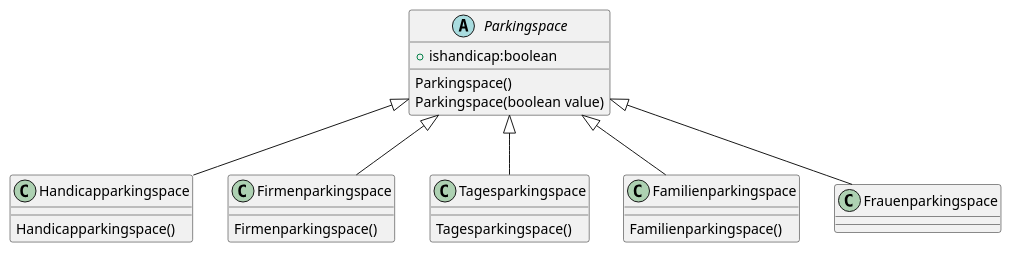
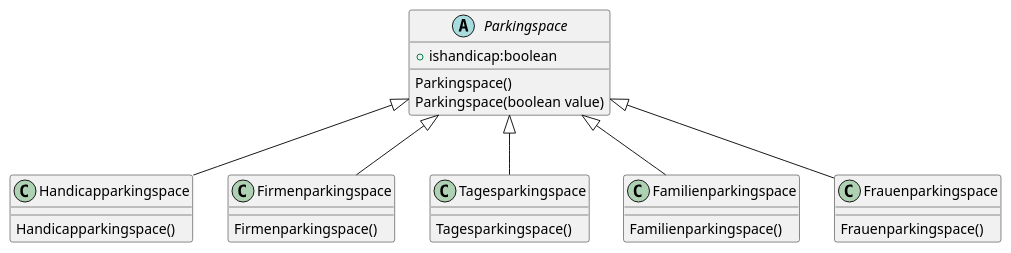
Before and after one commit to 1nbetw33n/Parkhaus_new: the diagram in src/main/parkhaus-project/Parkhaus/java/com/se1_team20/Parkhaus/ParkingSlot/uml_Parkingspace.puml, drawn with PlantUML.

Commit message:
Added a default constructor for the class Frauenparkingspace in the uml diagramm.

```diff
--- a/src/main/parkhaus-project/Parkhaus/java/com/se1_team20/Parkhaus/ParkingSlot/uml_Parkingspace.puml
+++ b/src/main/parkhaus-project/Parkhaus/java/com/se1_team20/Parkhaus/ParkingSlot/uml_Parkingspace.puml
@@ -6,43 +6,49 @@
 @startuml
 'https://plantuml.com/class-diagram
 
 abstract Parkingspace{
 
    +ishandicap:boolean
 
    Parkingspace()
    Parkingspace(boolean value)
 
 }
 
 class Handicapparkingspace{
 
    Handicapparkingspace()
 
 }
 
 class Firmenparkingspace{
 
     Firmenparkingspace()
 }
 
 class Tagesparkingspace{
 
     Tagesparkingspace()
 }
 
 class Familienparkingspace{
 
     Familienparkingspace()
 }
 
+class Frauenparkingspace{
+
+   Frauenparkingspace()
+
+}
+
 
 
 Parkingspace<|--Handicapparkingspace
 Parkingspace<|--Firmenparkingspace
 Parkingspace<|--Tagesparkingspace
 Parkingspace<|--Familienparkingspace
 Parkingspace<|--Frauenparkingspace
 
 
 @enduml
```
